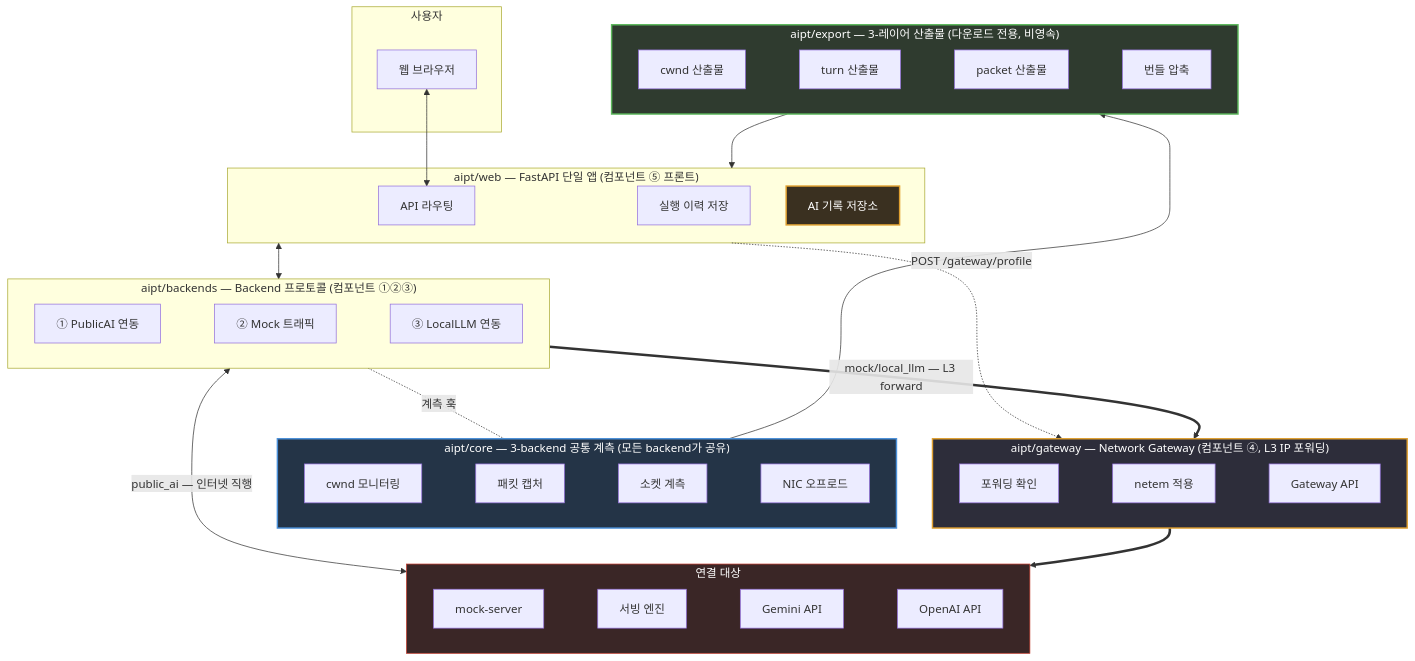
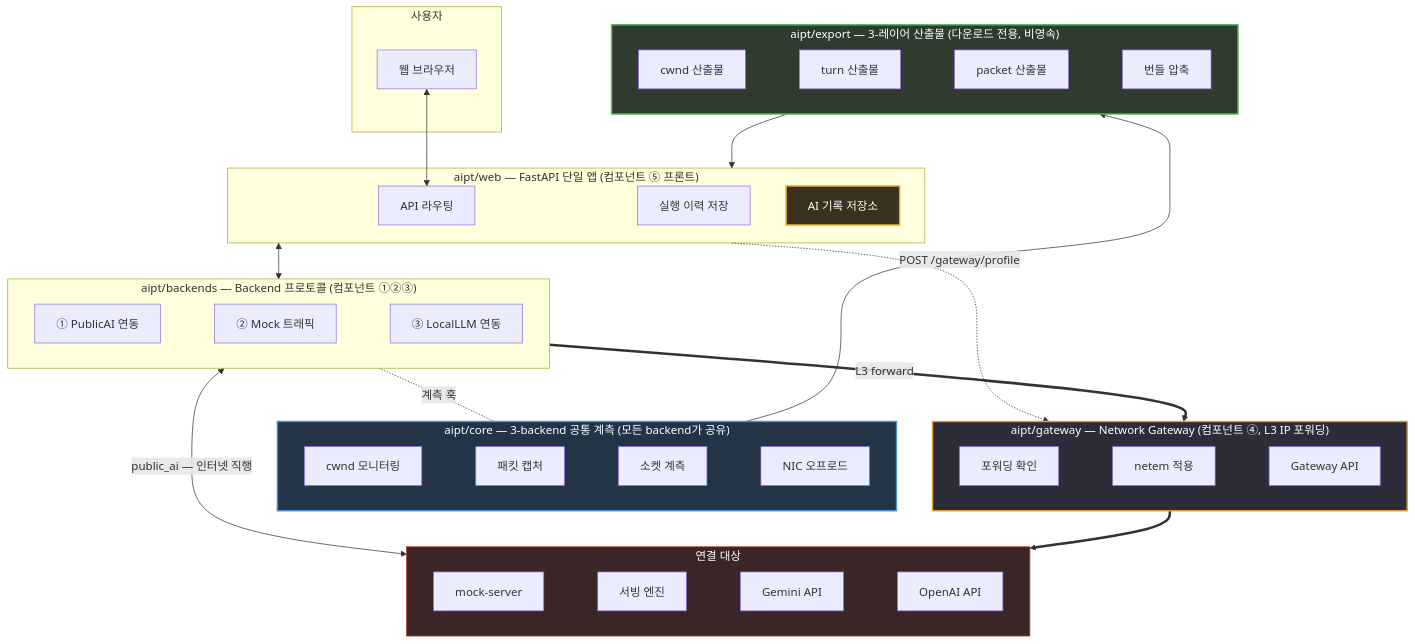
The first of 4 diagrams in AIPT/ARCHITECTURE.md (sangrokhan/remote_work), drawn with Mermaid before and after one commit.

Commit message:
docs(AIPT): shorten remaining edge label to fit one line

````diff
--- a/AIPT/ARCHITECTURE.md
+++ b/AIPT/ARCHITECTURE.md
@@ -13,73 +13,73 @@
 ```mermaid
 flowchart TB
     subgraph USER["사용자"]
         Browser["웹 브라우저"]
     end
 
     subgraph WEBAPP["aipt/web — FastAPI 단일 앱 (컴포넌트 ⑤ 프론트)"]
         Routes["API 라우팅"]
         Store["실행 이력 저장"]
         Records["AI 기록 저장소"]
     end
 
     subgraph CORE["aipt/core — 3-backend 공통 계측 (모든 backend가 공유)"]
         direction LR
         Cwnd["cwnd 모니터링"]
         Capture["패킷 캡처"]
         Wire["소켓 계측"]
         Offload["NIC 오프로드"]
         Cwnd ~~~ Capture ~~~ Wire ~~~ Offload
     end
 
     subgraph BACKENDS["aipt/backends — Backend 프로토콜 (컴포넌트 ①②③)"]
         direction LR
         PublicAI["① PublicAI 연동"]
         Mock["② Mock 트래픽"]
         LocalLLM["③ LocalLLM 연동"]
         PublicAI ~~~ Mock ~~~ LocalLLM
     end
 
     subgraph GATEWAY["aipt/gateway — Network Gateway (컴포넌트 ④, L3 IP 포워딩)"]
         direction LR
         Forward["포워딩 확인"]
         Netem["netem 적용"]
         ProfileAPI["Gateway API"]
         Forward ~~~ Netem ~~~ ProfileAPI
     end
 
     subgraph TARGETS["연결 대상"]
         direction LR
         MockNet["mock-server"]
         Engine["서빙 엔진"]
         Gemini["Gemini API"]
         OpenAI["OpenAI API"]
         MockNet ~~~ Engine ~~~ Gemini ~~~ OpenAI
     end
 
     subgraph EXPORT["aipt/export — 3-레이어 산출물 (다운로드 전용, 비영속)"]
         direction LR
         Connection["cwnd 산출물"]
         Turns["turn 산출물"]
         Packets["packet 산출물"]
         Bundle["번들 압축"]
         Connection ~~~ Turns ~~~ Packets ~~~ Bundle
     end
 
     Browser <--> Routes
 
     WEBAPP <--> BACKENDS
     WEBAPP -.->|"POST /gateway/profile"| GATEWAY
     BACKENDS -. 계측 훅 .- CORE
     CORE --> EXPORT
     EXPORT --> WEBAPP
 
     BACKENDS <-->|"public_ai — 인터넷 직행"| TARGETS
-    BACKENDS ==>|"mock/local_llm — L3 forward"| GATEWAY
+    BACKENDS ==>|"L3 forward"| GATEWAY
     GATEWAY ==> TARGETS
 
     style GATEWAY fill:#2d2d3a,stroke:#e0a030,stroke-width:2px,color:#fff
     style CORE fill:#243447,stroke:#4a90d9,stroke-width:2px,color:#fff
     style EXPORT fill:#2f3b2f,stroke:#5cb85c,stroke-width:2px,color:#fff
     style TARGETS fill:#3a2626,stroke:#c0392b,stroke-width:1px,color:#fff
     style Records fill:#3a3020,stroke:#e0a030,stroke-width:2px,color:#fff
 ```
````
